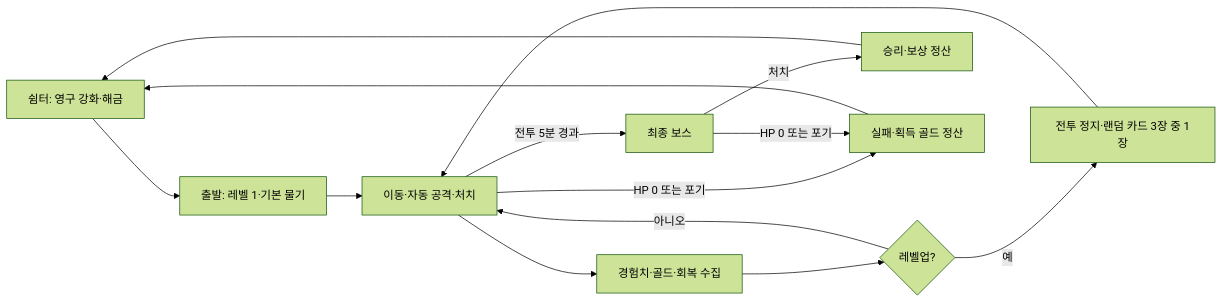
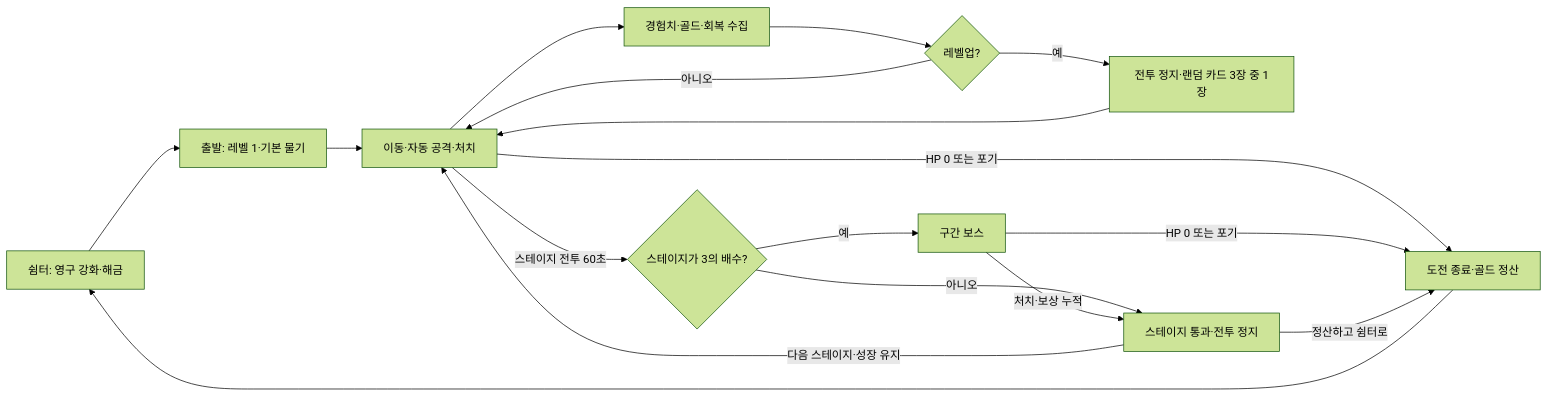
Before and after one commit to splatoon-git/dachsterm-workspace: the diagram in docs/design/dax-survivor.md, drawn with Mermaid (forest theme). The commit also changed other lines of this file and 14 other files, not shown here.

````diff
--- a/docs/design/dax-survivor.md
+++ b/docs/design/dax-survivor.md
@@ -27,16 +30,19 @@
 ```mermaid
 flowchart LR
   A[쉼터: 영구 강화·해금] --> B[출발: 레벨 1·기본 물기]
   B --> C[이동·자동 공격·처치]
   C --> D[경험치·골드·회복 수집]
   D --> E{레벨업?}
   E -->|예| F[전투 정지·랜덤 카드 3장 중 1장]
   F --> C
   E -->|아니오| C
-  C -->|전투 5분 경과| G[최종 보스]
-  G -->|처치| H[승리·보상 정산]
-  C -->|HP 0 또는 포기| I[실패·획득 골드 정산]
-  G -->|HP 0 또는 포기| I
-  H --> A
+  C -->|스테이지 전투 60초| G{스테이지가 3의 배수?}
+  G -->|예| H[구간 보스]
+  G -->|아니오| J[스테이지 통과·전투 정지]
+  H -->|처치·보상 누적| J
+  J -->|다음 스테이지·성장 유지| C
+  C -->|HP 0 또는 포기| I[도전 종료·골드 정산]
+  H -->|HP 0 또는 포기| I
+  J -->|정산하고 쉼터로| I
   I --> A
 ```
````
